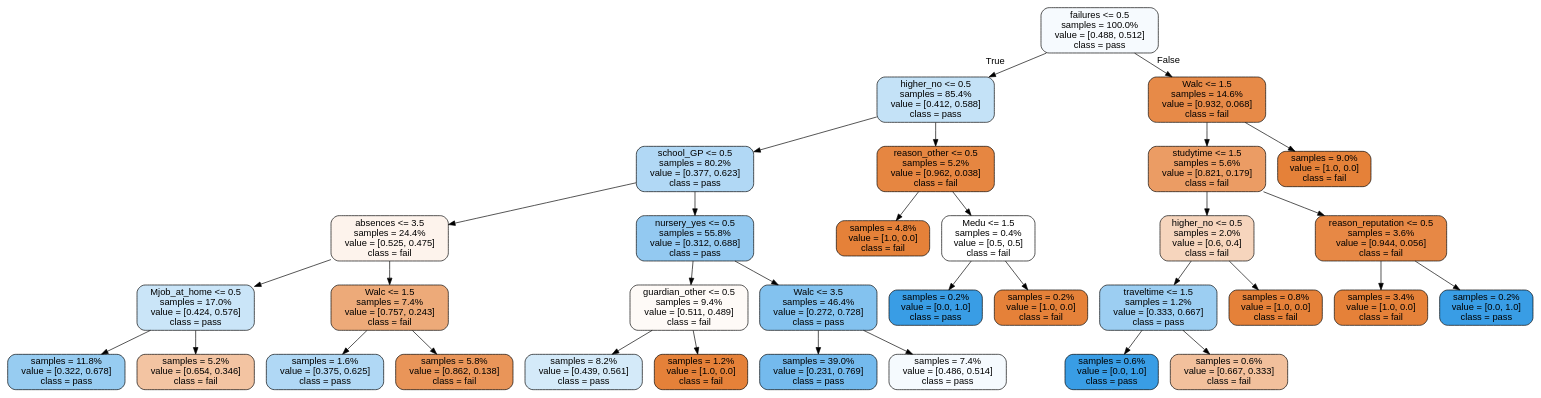
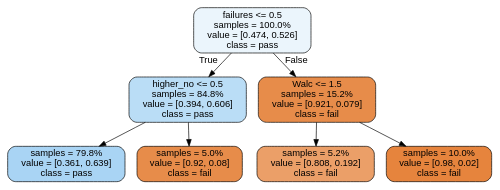
The diagram in student-performance.dot (datvinh71/AI), drawn with Graphviz before and after one commit. The commit also changed 4 other files, not shown here.

```diff
--- a/student-performance.dot
+++ b/student-performance.dot
@@ -1,69 +1,17 @@
 digraph Tree {
 node [shape=box, style="filled, rounded", color="black", fontname=helvetica] ;
 edge [fontname=helvetica] ;
-0 [label="failures <= 0.5\nsamples = 100.0%\nvalue = [0.488, 0.512]\nclass = pass", fillcolor="#f6fafe"] ;
-1 [label="higher_no <= 0.5\nsamples = 85.4%\nvalue = [0.412, 0.588]\nclass = pass", fillcolor="#c4e2f7"] ;
+0 [label="failures <= 0.5\nsamples = 100.0%\nvalue = [0.474, 0.526]\nclass = pass", fillcolor="#ebf5fc"] ;
+1 [label="higher_no <= 0.5\nsamples = 84.8%\nvalue = [0.394, 0.606]\nclass = pass", fillcolor="#baddf6"] ;
 0 -> 1 [labeldistance=2.5, labelangle=45, headlabel="True"] ;
-2 [label="school_GP <= 0.5\nsamples = 80.2%\nvalue = [0.377, 0.623]\nclass = pass", fillcolor="#b1d8f5"] ;
+2 [label="samples = 79.8%\nvalue = [0.361, 0.639]\nclass = pass", fillcolor="#a9d4f4"] ;
 1 -> 2 ;
-3 [label="absences <= 3.5\nsamples = 24.4%\nvalue = [0.525, 0.475]\nclass = fail", fillcolor="#fdf3ec"] ;
-2 -> 3 ;
-4 [label="Mjob_at_home <= 0.5\nsamples = 17.0%\nvalue = [0.424, 0.576]\nclass = pass", fillcolor="#cae5f8"] ;
-3 -> 4 ;
-5 [label="samples = 11.8%\nvalue = [0.322, 0.678]\nclass = pass", fillcolor="#97ccf1"] ;
+3 [label="samples = 5.0%\nvalue = [0.92, 0.08]\nclass = fail", fillcolor="#e78c4a"] ;
+1 -> 3 ;
+4 [label="Walc <= 1.5\nsamples = 15.2%\nvalue = [0.921, 0.079]\nclass = fail", fillcolor="#e78c4a"] ;
+0 -> 4 [labeldistance=2.5, labelangle=-45, headlabel="False"] ;
+5 [label="samples = 5.2%\nvalue = [0.808, 0.192]\nclass = fail", fillcolor="#eb9f68"] ;
 4 -> 5 ;
-6 [label="samples = 5.2%\nvalue = [0.654, 0.346]\nclass = fail", fillcolor="#f3c4a2"] ;
+6 [label="samples = 10.0%\nvalue = [0.98, 0.02]\nclass = fail", fillcolor="#e6843d"] ;
 4 -> 6 ;
-7 [label="Walc <= 1.5\nsamples = 7.4%\nvalue = [0.757, 0.243]\nclass = fail", fillcolor="#edaa79"] ;
-3 -> 7 ;
-8 [label="samples = 1.6%\nvalue = [0.375, 0.625]\nclass = pass", fillcolor="#b0d8f5"] ;
-7 -> 8 ;
-9 [label="samples = 5.8%\nvalue = [0.862, 0.138]\nclass = fail", fillcolor="#e99559"] ;
-7 -> 9 ;
-10 [label="nursery_yes <= 0.5\nsamples = 55.8%\nvalue = [0.312, 0.688]\nclass = pass", fillcolor="#93c9f1"] ;
-2 -> 10 ;
-11 [label="guardian_other <= 0.5\nsamples = 9.4%\nvalue = [0.511, 0.489]\nclass = fail", fillcolor="#fefaf7"] ;
-10 -> 11 ;
-12 [label="samples = 8.2%\nvalue = [0.439, 0.561]\nclass = pass", fillcolor="#d4eaf9"] ;
-11 -> 12 ;
-13 [label="samples = 1.2%\nvalue = [1.0, 0.0]\nclass = fail", fillcolor="#e58139"] ;
-11 -> 13 ;
-14 [label="Walc <= 3.5\nsamples = 46.4%\nvalue = [0.272, 0.728]\nclass = pass", fillcolor="#83c2ef"] ;
-10 -> 14 ;
-15 [label="samples = 39.0%\nvalue = [0.231, 0.769]\nclass = pass", fillcolor="#74baed"] ;
-14 -> 15 ;
-16 [label="samples = 7.4%\nvalue = [0.486, 0.514]\nclass = pass", fillcolor="#f5fafe"] ;
-14 -> 16 ;
-17 [label="reason_other <= 0.5\nsamples = 5.2%\nvalue = [0.962, 0.038]\nclass = fail", fillcolor="#e68641"] ;
-1 -> 17 ;
-18 [label="samples = 4.8%\nvalue = [1.0, 0.0]\nclass = fail", fillcolor="#e58139"] ;
-17 -> 18 ;
-19 [label="Medu <= 1.5\nsamples = 0.4%\nvalue = [0.5, 0.5]\nclass = fail", fillcolor="#ffffff"] ;
-17 -> 19 ;
-20 [label="samples = 0.2%\nvalue = [0.0, 1.0]\nclass = pass", fillcolor="#399de5"] ;
-19 -> 20 ;
-21 [label="samples = 0.2%\nvalue = [1.0, 0.0]\nclass = fail", fillcolor="#e58139"] ;
-19 -> 21 ;
-22 [label="Walc <= 1.5\nsamples = 14.6%\nvalue = [0.932, 0.068]\nclass = fail", fillcolor="#e78a48"] ;
-0 -> 22 [labeldistance=2.5, labelangle=-45, headlabel="False"] ;
-23 [label="studytime <= 1.5\nsamples = 5.6%\nvalue = [0.821, 0.179]\nclass = fail", fillcolor="#eb9c64"] ;
-22 -> 23 ;
-24 [label="higher_no <= 0.5\nsamples = 2.0%\nvalue = [0.6, 0.4]\nclass = fail", fillcolor="#f6d5bd"] ;
-23 -> 24 ;
-25 [label="traveltime <= 1.5\nsamples = 1.2%\nvalue = [0.333, 0.667]\nclass = pass", fillcolor="#9ccef2"] ;
-24 -> 25 ;
-26 [label="samples = 0.6%\nvalue = [0.0, 1.0]\nclass = pass", fillcolor="#399de5"] ;
-25 -> 26 ;
-27 [label="samples = 0.6%\nvalue = [0.667, 0.333]\nclass = fail", fillcolor="#f2c09c"] ;
-25 -> 27 ;
-28 [label="samples = 0.8%\nvalue = [1.0, 0.0]\nclass = fail", fillcolor="#e58139"] ;
-24 -> 28 ;
-29 [label="reason_reputation <= 0.5\nsamples = 3.6%\nvalue = [0.944, 0.056]\nclass = fail", fillcolor="#e78845"] ;
-23 -> 29 ;
-30 [label="samples = 3.4%\nvalue = [1.0, 0.0]\nclass = fail", fillcolor="#e58139"] ;
-29 -> 30 ;
-31 [label="samples = 0.2%\nvalue = [0.0, 1.0]\nclass = pass", fillcolor="#399de5"] ;
-29 -> 31 ;
-32 [label="samples = 9.0%\nvalue = [1.0, 0.0]\nclass = fail", fillcolor="#e58139"] ;
-22 -> 32 ;
 }
```
